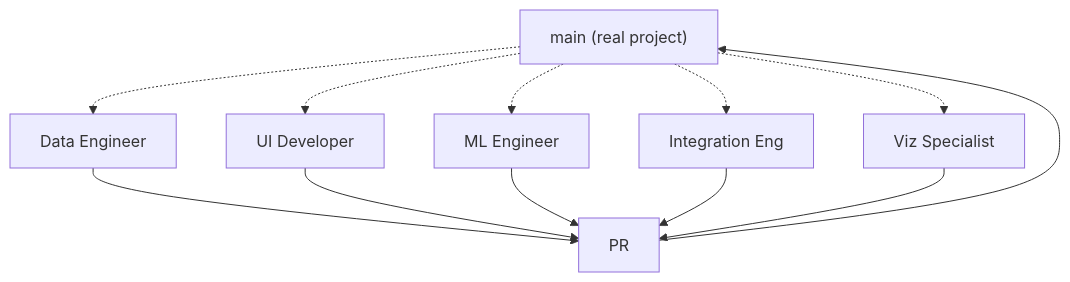
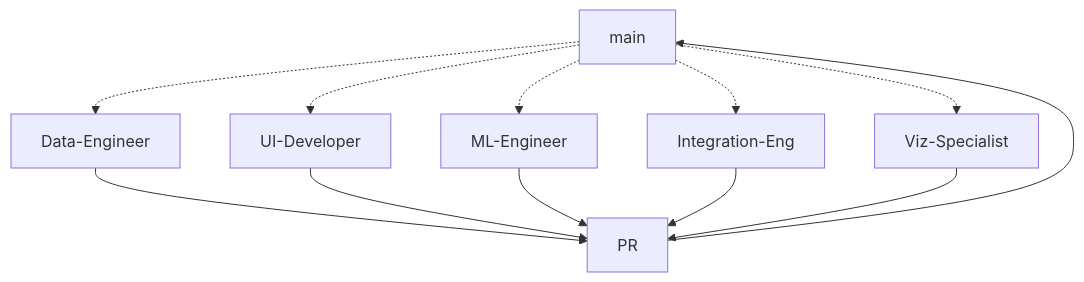
One commit to Bunleang-Ea/Inflation-Risk-Forecasting changed the diagram in README.md. Above: the diagram before and after it, drawn with Mermaid. The commit also changed other lines of this file, not shown here.

Commit message:
docs: use hyphenated node labels matching branch names; clarify PR flow

````diff
--- a/README.md
+++ b/README.md
@@ -15,24 +15,24 @@
 ```mermaid
 graph TD
-    Main["main (real project)"]
-    DE["Data Engineer"]
-    UI["UI Developer"]
-    ML["ML Engineer"]
-    IN["Integration Eng"]
-    VS["Viz Specialist"]
+    Main["main"]
+    DE["Data-Engineer"]
+    UI["UI-Developer"]
+    ML["ML-Engineer"]
+    IN["Integration-Eng"]
+    VS["Viz-Specialist"]
     PR["PR"]
 
     Main -.-> DE
     Main -.-> UI
     Main -.-> ML
     Main -.-> IN
     Main -.-> VS
 
     DE --> PR
     UI --> PR
     ML --> PR
     IN --> PR
     VS --> PR
 
     PR --> Main
 ```
````
